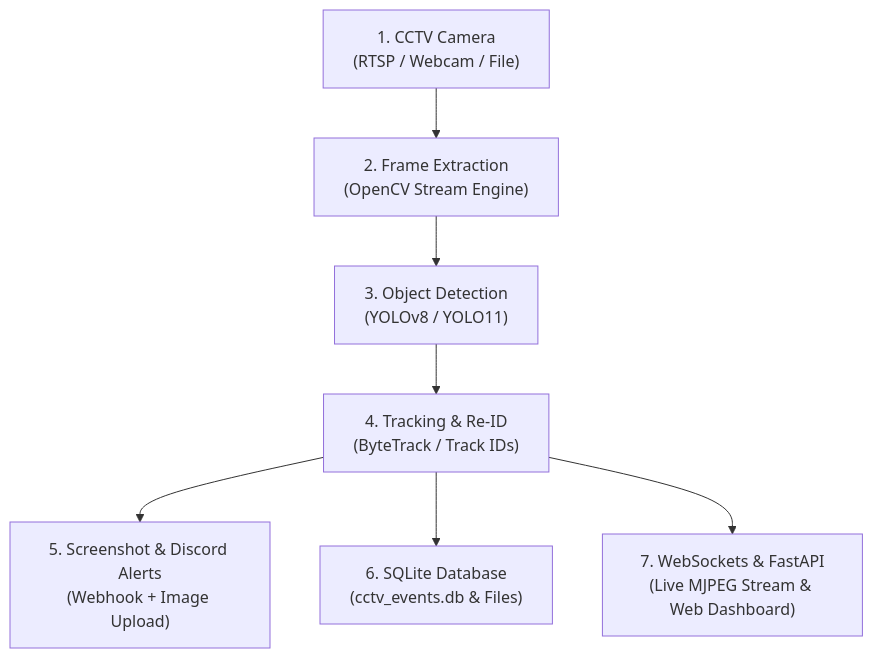
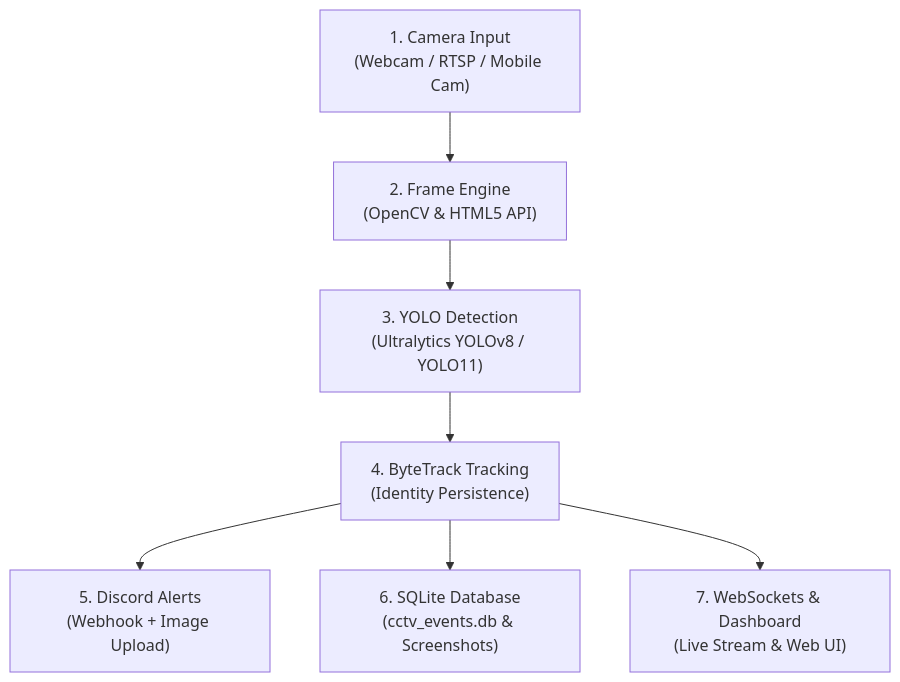
The diagram in README.md (jitendradoriya66/cctv-person-detector-ai), drawn with Mermaid before and after one commit. The commit also changed other lines of this file, not shown here.

Commit message:
Updated README.md with all latest feature changes, HTML5 mobile camera, WebSockets, and API specifications

````diff
--- a/README.md
+++ b/README.md
@@ -30,9 +51,9 @@
 ```mermaid
 flowchart TD
-    A["1. CCTV Camera\n(RTSP / Webcam / File)"] --> B["2. Frame Extraction\n(OpenCV Stream Engine)"]
-    B --> C["3. Object Detection\n(YOLOv8 / YOLO11)"]
-    C --> D["4. Tracking & Re-ID\n(ByteTrack / Track IDs)"]
-    D --> E["5. Screenshot & Discord Alerts\n(Webhook + Image Upload)"]
-    D --> F["6. SQLite Database\n(cctv_events.db & Files)"]
-    D --> G["7. WebSockets & FastAPI\n(Live MJPEG Stream & Web Dashboard)"]
+    A["1. Camera Input\n(Webcam / RTSP / Mobile Cam)"] --> B["2. Frame Engine\n(OpenCV & HTML5 API)"]
+    B --> C["3. YOLO Detection\n(Ultralytics YOLOv8 / YOLO11)"]
+    C --> D["4. ByteTrack Tracking\n(Identity Persistence)"]
+    D --> E["5. Discord Alerts\n(Webhook + Image Upload)"]
+    D --> F["6. SQLite Database\n(cctv_events.db & Screenshots)"]
+    D --> G["7. WebSockets & Dashboard\n(Live Stream & Web UI)"]
 ```
````
